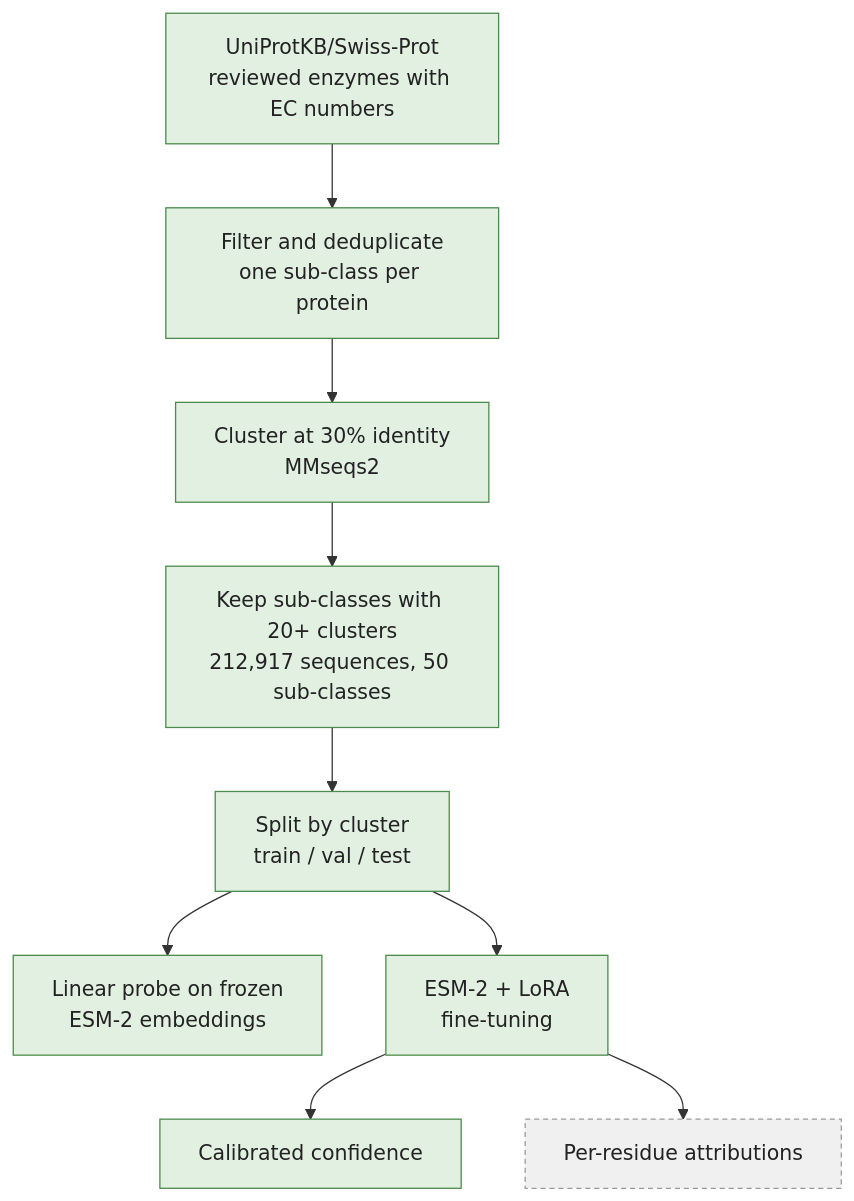
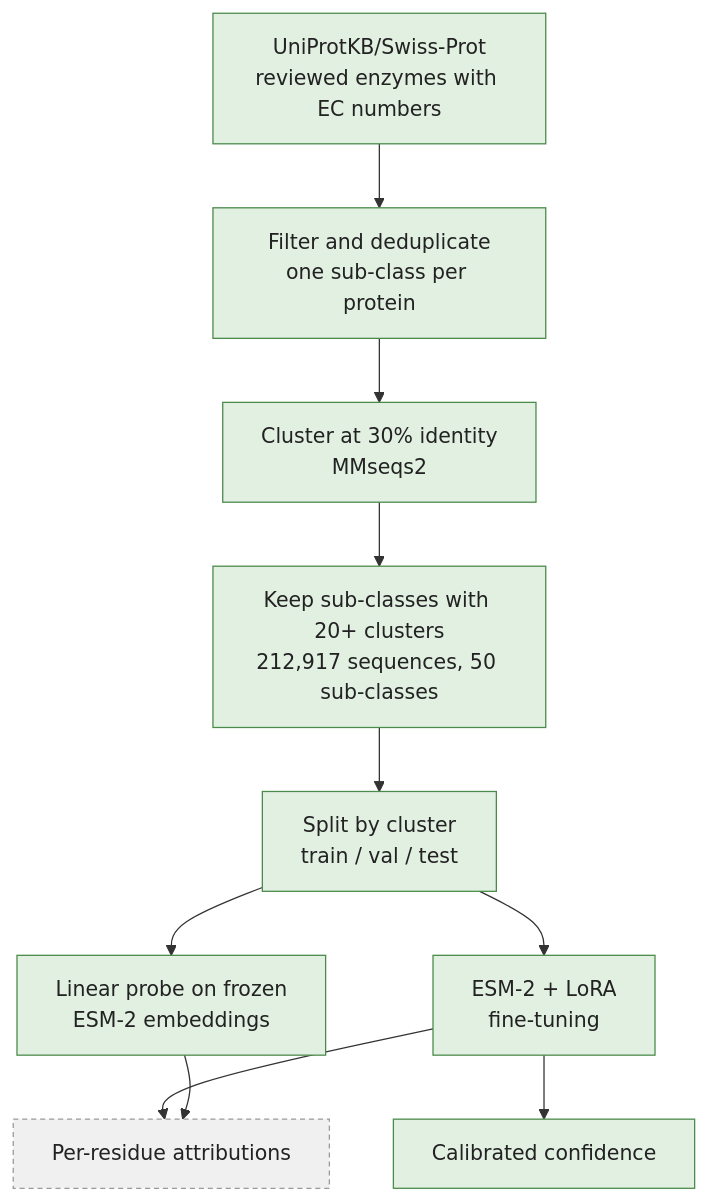
Before and after one commit to izgys/decodec: the diagram in README.md, drawn with Mermaid. The commit also changed other lines of this file and 11 other files, not shown here.

````diff
--- a/README.md
+++ b/README.md
@@ -21,15 +21,16 @@
 ```mermaid
 flowchart TD
     A["UniProtKB/Swiss-Prot<br/>reviewed enzymes with EC numbers"] --> B["Filter and deduplicate<br/>one sub-class per protein"]
     B --> C["Cluster at 30% identity<br/>MMseqs2"]
     C --> K["Keep sub-classes with 20+ clusters<br/>212,917 sequences, 50 sub-classes"]
     K --> D["Split by cluster<br/>train / val / test"]
     D --> E["Linear probe on frozen<br/>ESM-2 embeddings"]
     D --> F["ESM-2 + LoRA<br/>fine-tuning"]
     F --> G["Calibrated confidence"]
     F --> H["Per-residue attributions"]
+    E --> H
     classDef built fill:#e2f0e2,stroke:#4a8a4a,color:#222
     classDef planned fill:#f0f0f0,stroke:#999,stroke-dasharray:4 3,color:#222
     class A,B,C,K,D,E,F,G built
     class H planned
 ```
````
